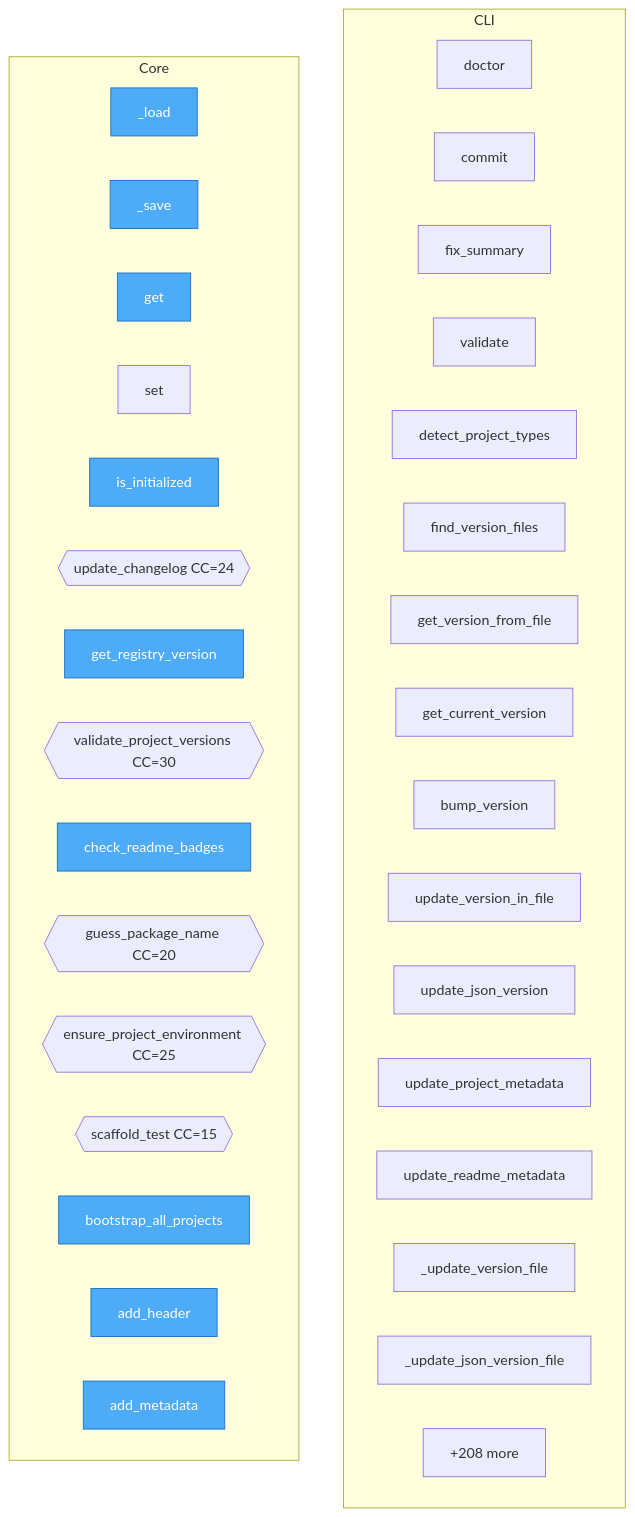
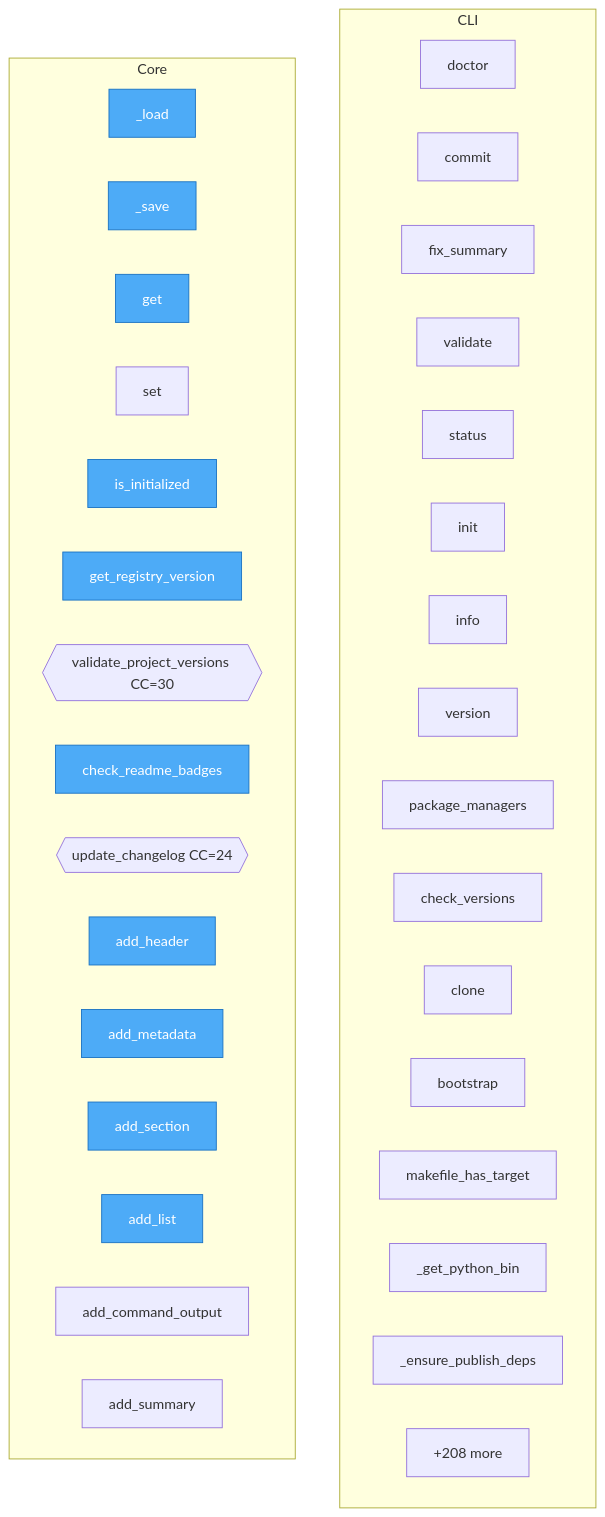
Before and after one commit to wronai/goal: the diagram in project/flow.mmd, drawn with Mermaid. The commit also changed 20 other files, not shown here.

```diff
--- a/project/flow.mmd
+++ b/project/flow.mmd
@@ -1,44 +1,44 @@
 flowchart TD
 
     %% Entry points (blue)
     classDef entry fill:#4dabf7,stroke:#1971c2,color:#fff
 
     subgraph CLI
         goal__cli__doctor_cmd__doctor["doctor"]
         goal__cli__commit_cmd__commit["commit"]
         goal__cli__commit_cmd__fix_summary["fix_summary"]
         goal__cli__commit_cmd__validate["validate"]
-        goal__cli__version__detect_project_types["detect_project_types"]
-        goal__cli__version__find_version_files["find_version_files"]
-        goal__cli__version__get_version_from_file["get_version_from_file"]
-        goal__cli__version__get_current_version["get_current_version"]
-        goal__cli__version__bump_version["bump_version"]
-        goal__cli__version__update_version_in_file["update_version_in_file"]
-        goal__cli__version__update_json_version["update_json_version"]
-        goal__cli__version__update_project_metadata["update_project_metadata"]
-        goal__cli__version__update_readme_metadata["update_readme_metadata"]
-        goal__cli__version___update_version_file["_update_version_file"]
-        goal__cli__version___update_json_version_file["_update_json_version_file"]
+        goal__cli__utils_cmd__status["status"]
+        goal__cli__utils_cmd__init["init"]
+        goal__cli__utils_cmd__info["info"]
+        goal__cli__utils_cmd__version["version"]
+        goal__cli__utils_cmd__package_managers["package_managers"]
+        goal__cli__utils_cmd__check_versions["check_versions"]
+        goal__cli__utils_cmd__clone["clone"]
+        goal__cli__utils_cmd__bootstrap["bootstrap"]
+        goal__cli__publish__makefile_has_target["makefile_has_target"]
+        goal__cli__publish___get_python_bin["_get_python_bin"]
+        goal__cli__publish___ensure_publish_deps["_ensure_publish_deps"]
         ...["+37 more"]
     end
 
     subgraph Core
         goal__user_config__UserConfig___load["_load"]
         goal__user_config__UserConfig___save["_save"]
         goal__user_config__UserConfig__get["get"]
         goal__user_config__UserConfig__set["set"]
         goal__user_config__UserConfig__is_initialized["is_initialized"]
-        goal__changelog__update_changelog{{update_changelog CC=24}}
         goal__version_validation__get_registry_version["get_registry_version"]
         goal__version_validation__validate_project_versions{{validate_project_versions CC=30}}
         goal__version_validation__check_readme_badges["check_readme_badges"]
-        goal__project_bootstrap__guess_package_name{{guess_package_name CC=20}}
-        goal__project_bootstrap__ensure_project_environment{{ensure_project_environment CC=25}}
-        goal__project_bootstrap__scaffold_test{{scaffold_test CC=15}}
-        goal__project_bootstrap__bootstrap_all_projects["bootstrap_all_projects"]
+        goal__changelog__update_changelog{{update_changelog CC=24}}
         goal__formatter__MarkdownFormatter__add_header["add_header"]
         goal__formatter__MarkdownFormatter__add_metadata["add_metadata"]
+        goal__formatter__MarkdownFormatter__add_section["add_section"]
+        goal__formatter__MarkdownFormatter__add_list["add_list"]
+        goal__formatter__MarkdownFormatter__add_command_output["add_command_output"]
+        goal__formatter__MarkdownFormatter__add_summary["add_summary"]
         ...["+208 more"]
     end
 
-    class goal__user_config__UserConfig___load,goal__user_config__UserConfig___save,goal__user_config__UserConfig__get,goal__user_config__UserConfig__is_initialized,goal__version_validation__get_registry_version,goal__version_validation__check_readme_badges,goal__project_bootstrap__bootstrap_all_projects,goal__formatter__MarkdownFormatter__add_header,goal__formatter__MarkdownFormatter__add_metadata,goal__formatter__MarkdownFormatter__add_section entry
+    class goal__user_config__UserConfig___load,goal__user_config__UserConfig___save,goal__user_config__UserConfig__get,goal__user_config__UserConfig__is_initialized,goal__version_validation__get_registry_version,goal__version_validation__check_readme_badges,goal__formatter__MarkdownFormatter__add_header,goal__formatter__MarkdownFormatter__add_metadata,goal__formatter__MarkdownFormatter__add_section,goal__formatter__MarkdownFormatter__add_list entry
```
